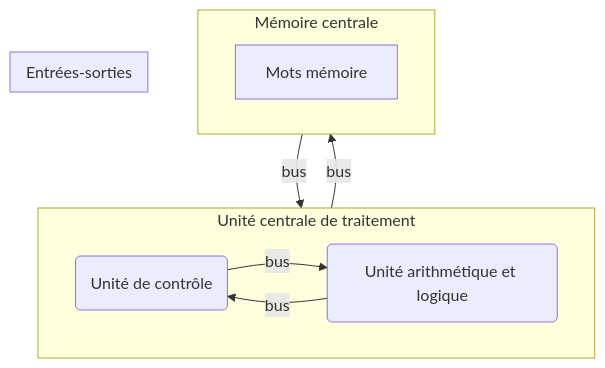
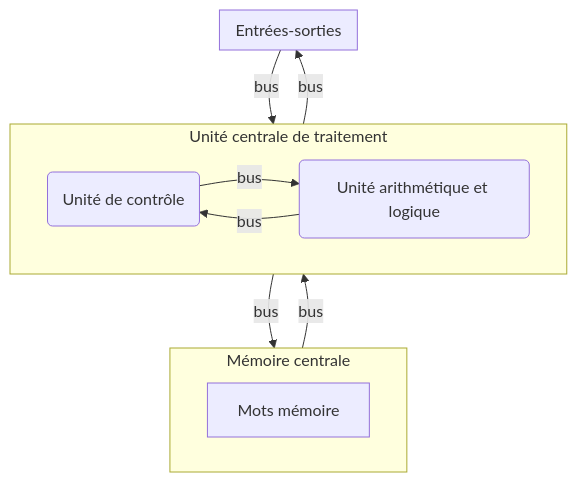
The diagram in première/Architecture_des_machines/Modèle_Von_Neumann.md (boddaert/nsi), drawn with Mermaid before and after one commit.

````diff
--- a/première/Architecture_des_machines/Modèle_Von_Neumann.md
+++ b/première/Architecture_des_machines/Modèle_Von_Neumann.md
@@ -23,20 +23,21 @@
 ```mermaid
 flowchart TB
     
     subgraph a["Unité centrale de traitement"]
         b("Unité de contrôle") -- bus --> c("Unité arithmétique et logique")
         c -- bus --> b
     end
 
     subgraph d["Mémoire centrale"]
         f["Mots mémoire"]
     end
     
 
     subgraph e["Entrées-sorties"]
     end
 
     a -- bus --> d
     d -- bus --> a
-
+    e -- bus --> a
+    a -- bus --> e
 ```
````
